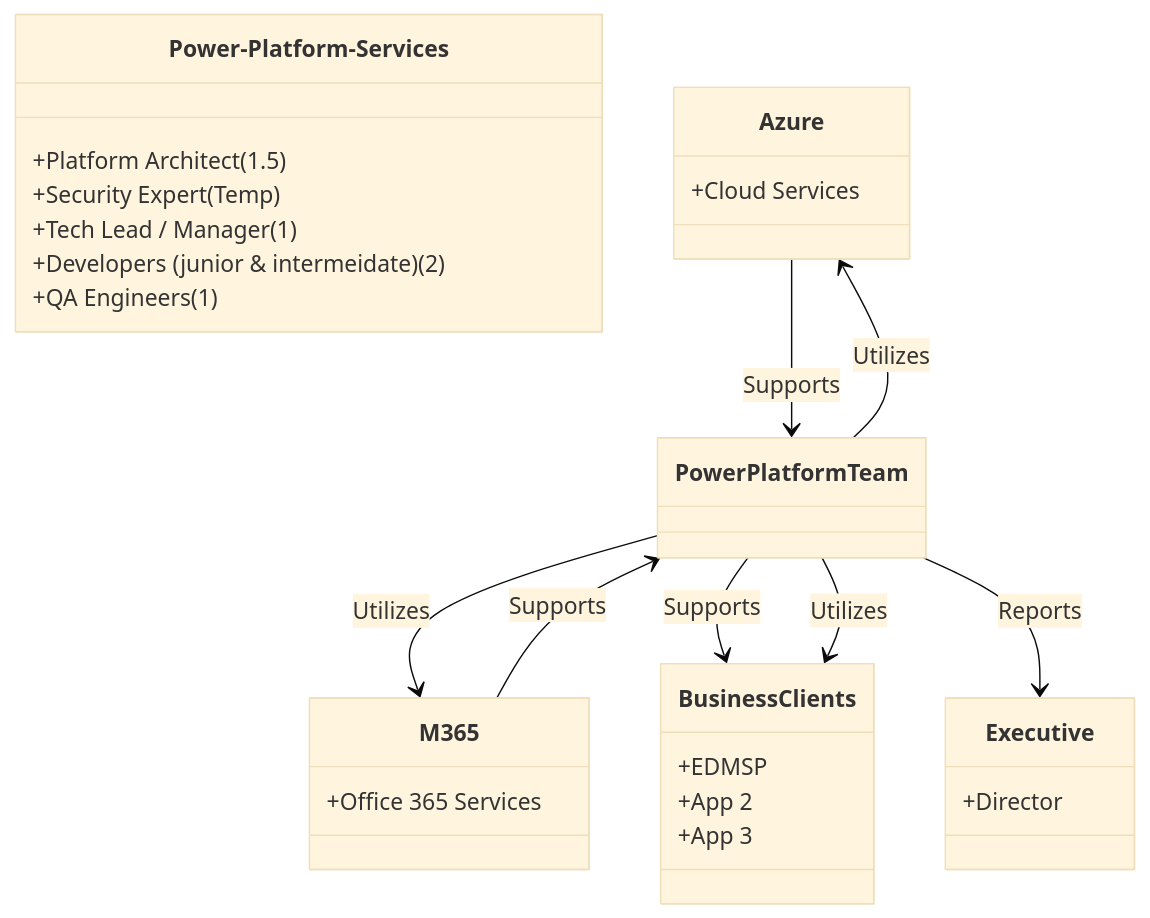
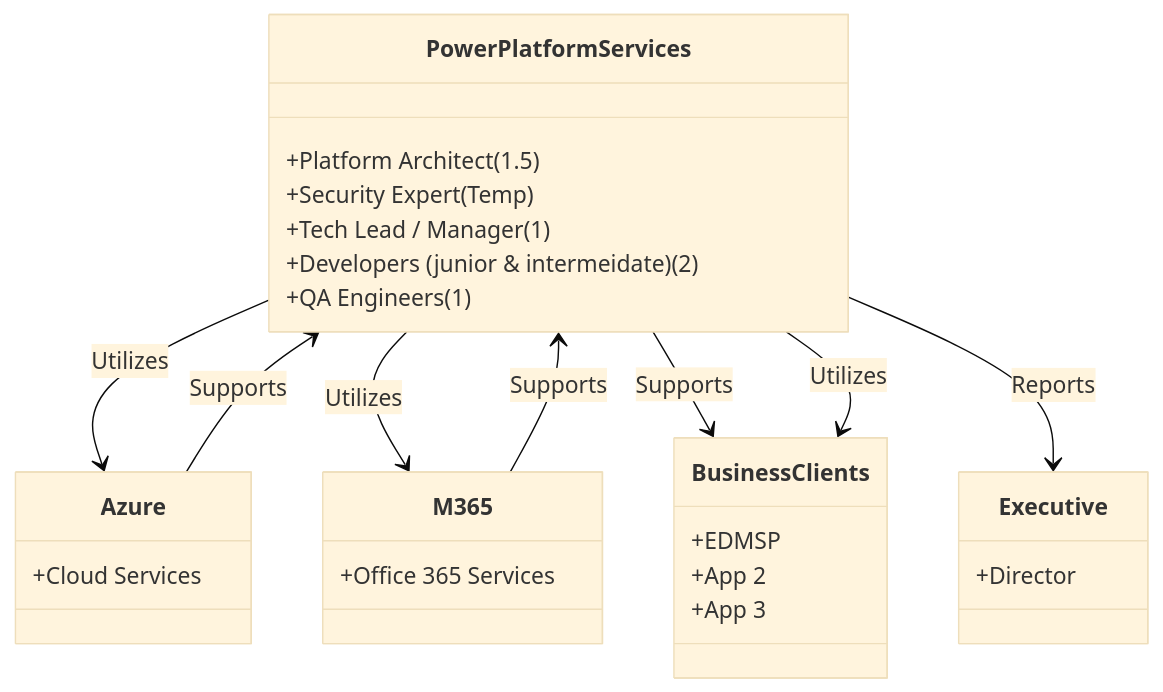
The seventh of 7 diagrams in README.md (fpearsonCS/Documentation), drawn with Mermaid (base theme) before and after one commit.

````diff
--- a/README.md
+++ b/README.md
@@ -334,31 +334,31 @@
 ```mermaid
 classDiagram
-  class Power-Platform-Services {
+  class PowerPlatformServices {
     +Platform Architect (1.5)
     +Security Expert (Temp)
     +Tech Lead / Manager (1)
     +Developers (junior & intermeidate) (2)
     +QA Engineers (1)
   }
   class Azure {
     +Cloud Services
   }
   class Executive {
     +Director
   }
   class M365 {
     +Office 365 Services
   }
   class BusinessClients {
     +EDMSP
     +App 2
     +App 3
   }
-  PowerPlatformTeam --> Azure : Utilizes
-  PowerPlatformTeam --> M365 : Utilizes
-  Azure --> PowerPlatformTeam : Supports
-  M365 --> PowerPlatformTeam : Supports
-  PowerPlatformTeam --> BusinessClients : Supports
-  PowerPlatformTeam --> BusinessClients : Utilizes
-  PowerPlatformTeam --> Executive : Reports
+  PowerPlatformServices --> Azure : Utilizes
+  PowerPlatformServices --> M365 : Utilizes
+  Azure --> PowerPlatformServices : Supports
+  M365 --> PowerPlatformServices : Supports
+  PowerPlatformServices --> BusinessClients : Supports
+  PowerPlatformServices --> BusinessClients : Utilizes
+  PowerPlatformServices --> Executive : Reports
 ```
````
